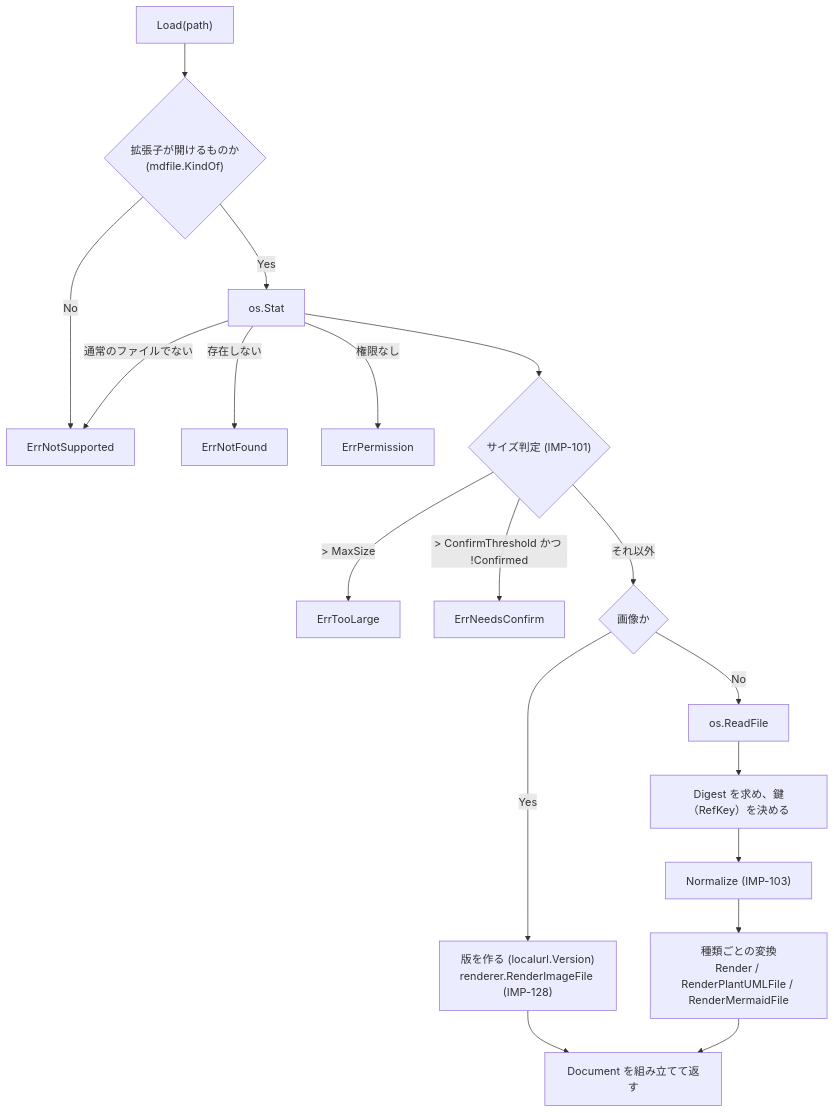
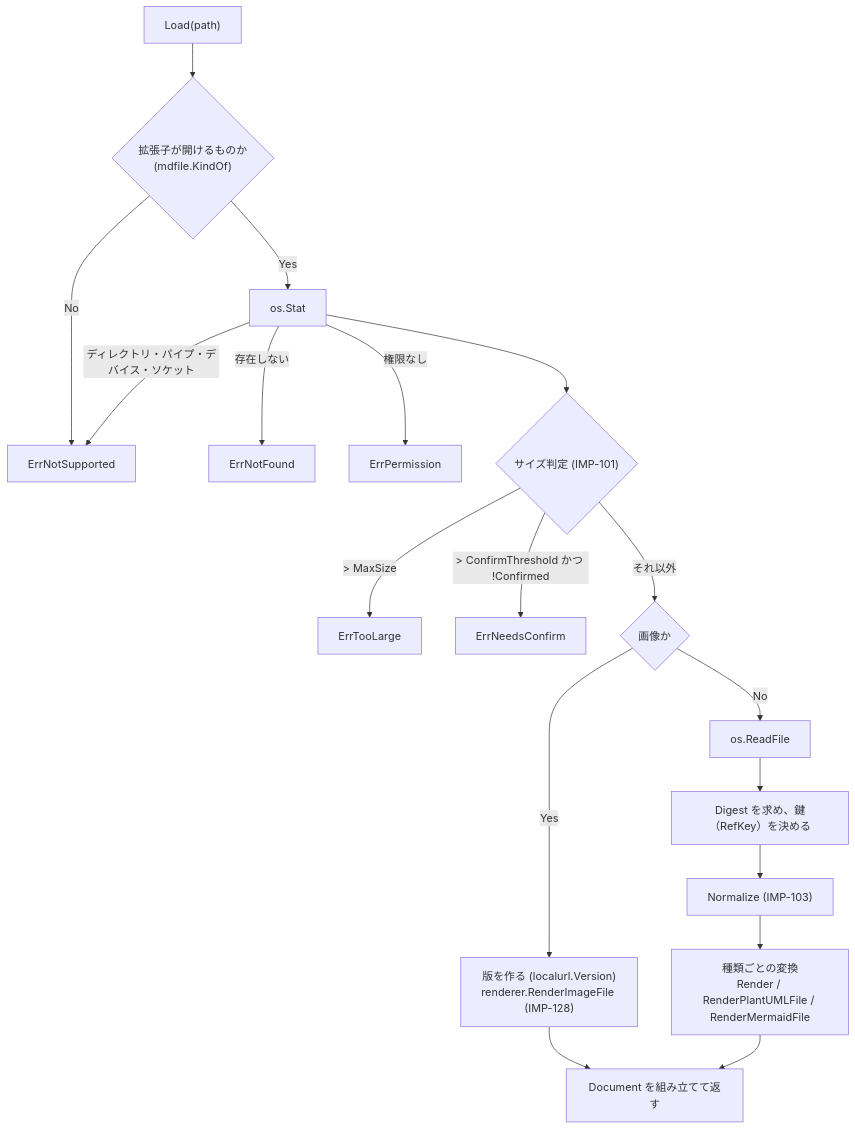
One commit to kznagamori/go_MarkView changed the diagram in docs/specs/11-impl-backend.md. Above: the diagram before and after it, drawn with Mermaid. The commit also changed other lines of this file and 3 other files, not shown here.

````diff
--- a/docs/specs/11-impl-backend.md
+++ b/docs/specs/11-impl-backend.md
@@ -170,20 +170,20 @@
 ```mermaid
 flowchart TD
     A["Load(path)"] --> B{"拡張子が開けるものか<br/>(mdfile.KindOf)"}
     B -->|No| E1["ErrNotSupported"]
     B -->|Yes| C["os.Stat"]
     C -->|存在しない| E2["ErrNotFound"]
     C -->|権限なし| E3["ErrPermission"]
-    C -->|通常のファイルでない| E1
+    C -->|ディレクトリ・パイプ・デバイス・ソケット| E1
     C --> D{"サイズ判定 (IMP-101)"}
     D -->|"> MaxSize"| E4["ErrTooLarge"]
     D -->|"> ConfirmThreshold かつ !Confirmed"| E5["ErrNeedsConfirm"]
     D -->|それ以外| J{"画像か"}
     J -->|Yes| L["版を作る (localurl.Version)<br/>renderer.RenderImageFile (IMP-128)"]
     L --> I
     J -->|No| F["os.ReadFile"]
     F --> K["Digest を求め、鍵（RefKey）を決める"]
     K --> G["Normalize (IMP-103)"]
     G --> H["種類ごとの変換<br/>Render / RenderPlantUMLFile / RenderMermaidFile"]
     H --> I["Document を組み立てて返す"]
 ```
````
